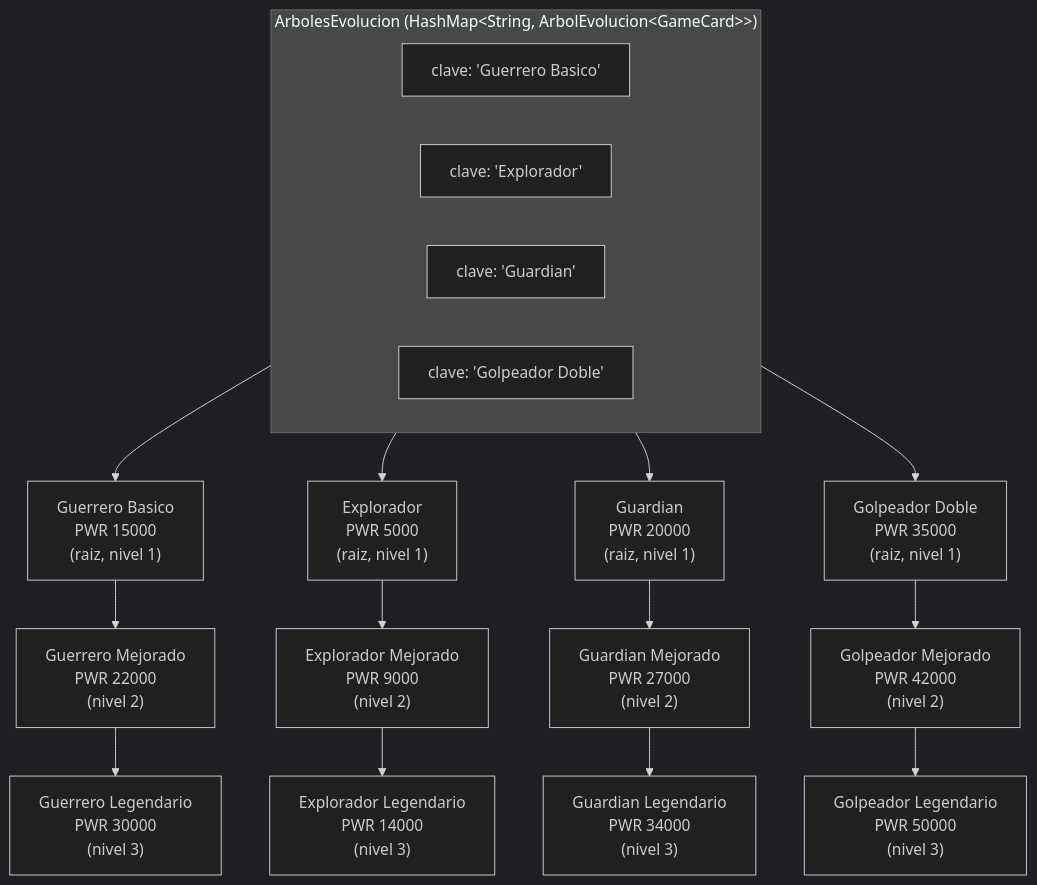
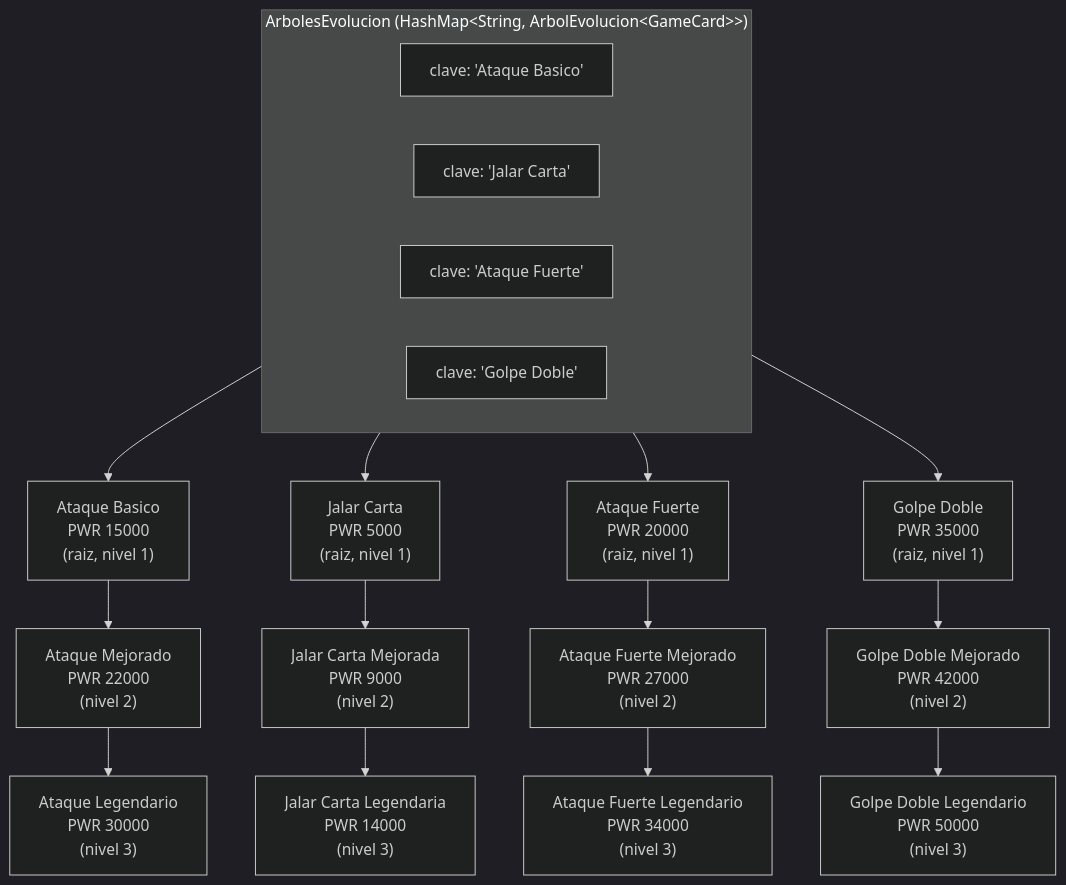
Before and after one commit to dantereach/Maps-connect1: the diagram in dbfw-game/docs/diagrama_arbol_evolucion.md, drawn with Mermaid (dark theme). The commit also changed other lines of this file and 10 other files, not shown here.

````diff
--- a/dbfw-game/docs/diagrama_arbol_evolucion.md
+++ b/dbfw-game/docs/diagrama_arbol_evolucion.md
@@ -21,27 +28,27 @@
 ```mermaid
 graph TD
     subgraph HASH["ArbolesEvolucion (HashMap&lt;String, ArbolEvolucion&lt;GameCard&gt;&gt;)"]
         direction LR
-        K1["clave: 'Guerrero Basico'"]
-        K2["clave: 'Explorador'"]
-        K3["clave: 'Guardian'"]
-        K4["clave: 'Golpeador Doble'"]
+        K1["clave: 'Ataque Basico'"]
+        K2["clave: 'Jalar Carta'"]
+        K3["clave: 'Ataque Fuerte'"]
+        K4["clave: 'Golpe Doble'"]
     end
 
-    K1 --> GB1
-    K2 --> EX1
-    K3 --> GD1
-    K4 --> GP1
+    K1 --> AB1
+    K2 --> JC1
+    K3 --> AF1
+    K4 --> GD1
 
-    GB1["Guerrero Basico<br/>PWR 15000<br/>(raiz, nivel 1)"] --> GB2["Guerrero Mejorado<br/>PWR 22000<br/>(nivel 2)"]
-    GB2 --> GB3["Guerrero Legendario<br/>PWR 30000<br/>(nivel 3)"]
+    AB1["Ataque Basico<br/>PWR 15000<br/>(raiz, nivel 1)"] --> AB2["Ataque Mejorado<br/>PWR 22000<br/>(nivel 2)"]
+    AB2 --> AB3["Ataque Legendario<br/>PWR 30000<br/>(nivel 3)"]
 
-    EX1["Explorador<br/>PWR 5000<br/>(raiz, nivel 1)"] --> EX2["Explorador Mejorado<br/>PWR 9000<br/>(nivel 2)"]
-    EX2 --> EX3["Explorador Legendario<br/>PWR 14000<br/>(nivel 3)"]
+    JC1["Jalar Carta<br/>PWR 5000<br/>(raiz, nivel 1)"] --> JC2["Jalar Carta Mejorada<br/>PWR 9000<br/>(nivel 2)"]
+    JC2 --> JC3["Jalar Carta Legendaria<br/>PWR 14000<br/>(nivel 3)"]
 
-    GD1["Guardian<br/>PWR 20000<br/>(raiz, nivel 1)"] --> GD2["Guardian Mejorado<br/>PWR 27000<br/>(nivel 2)"]
-    GD2 --> GD3["Guardian Legendario<br/>PWR 34000<br/>(nivel 3)"]
+    AF1["Ataque Fuerte<br/>PWR 20000<br/>(raiz, nivel 1)"] --> AF2["Ataque Fuerte Mejorado<br/>PWR 27000<br/>(nivel 2)"]
+    AF2 --> AF3["Ataque Fuerte Legendario<br/>PWR 34000<br/>(nivel 3)"]
 
-    GP1["Golpeador Doble<br/>PWR 35000<br/>(raiz, nivel 1)"] --> GP2["Golpeador Mejorado<br/>PWR 42000<br/>(nivel 2)"]
-    GP2 --> GP3["Golpeador Legendario<br/>PWR 50000<br/>(nivel 3)"]
+    GD1["Golpe Doble<br/>PWR 35000<br/>(raiz, nivel 1)"] --> GD2["Golpe Doble Mejorado<br/>PWR 42000<br/>(nivel 2)"]
+    GD2 --> GD3["Golpe Doble Legendario<br/>PWR 50000<br/>(nivel 3)"]
 ```
````
